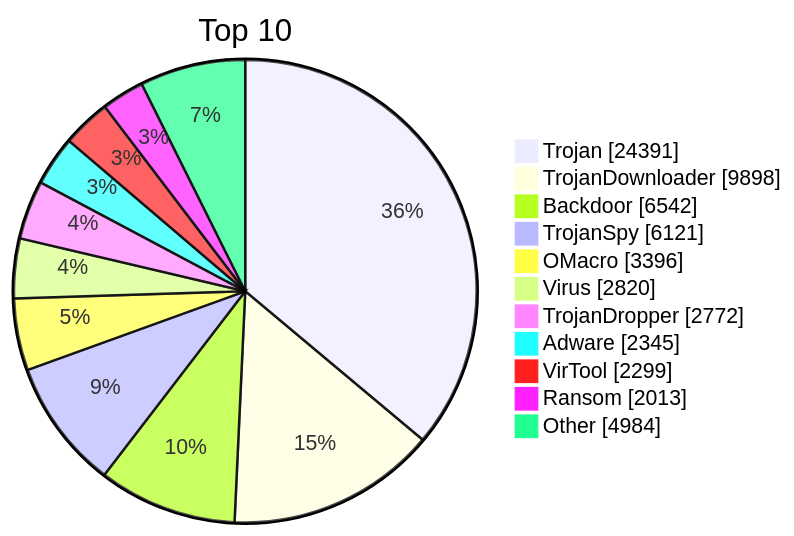
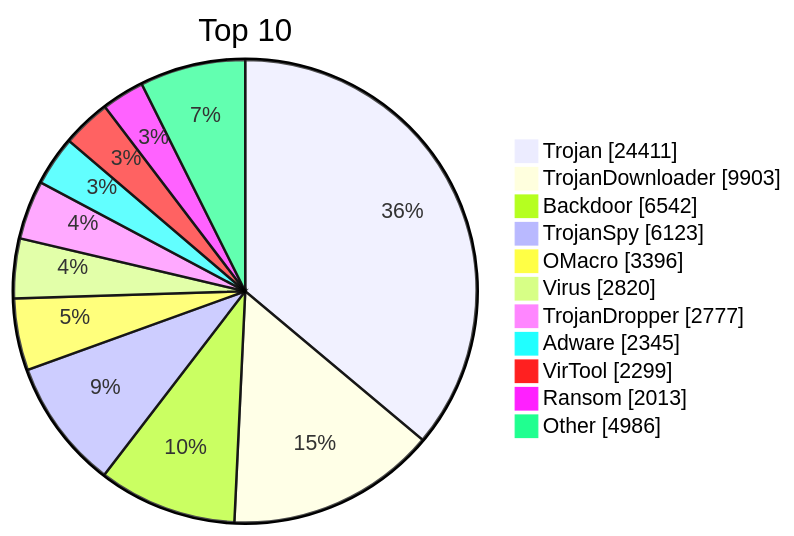
The diagram in README.md (JerryLinLinLin/huorong-virdb-changelog), drawn with Mermaid before and after one commit. The commit also changed other lines of this file and 15 other files, not shown here.

````diff
--- a/README.md
+++ b/README.md
@@ -19,15 +19,15 @@
 ```mermaid
 pie showData
     title Top 10
-    "Trojan" : 24391
-    "TrojanDownloader" : 9898
+    "Trojan" : 24411
+    "TrojanDownloader" : 9903
     "Backdoor" : 6542
-    "TrojanSpy" : 6121
+    "TrojanSpy" : 6123
     "OMacro" : 3396
     "Virus" : 2820
-    "TrojanDropper" : 2772
+    "TrojanDropper" : 2777
     "Adware" : 2345
     "VirTool" : 2299
     "Ransom" : 2013
-    "Other" : 4984
+    "Other" : 4986
 ```
````
